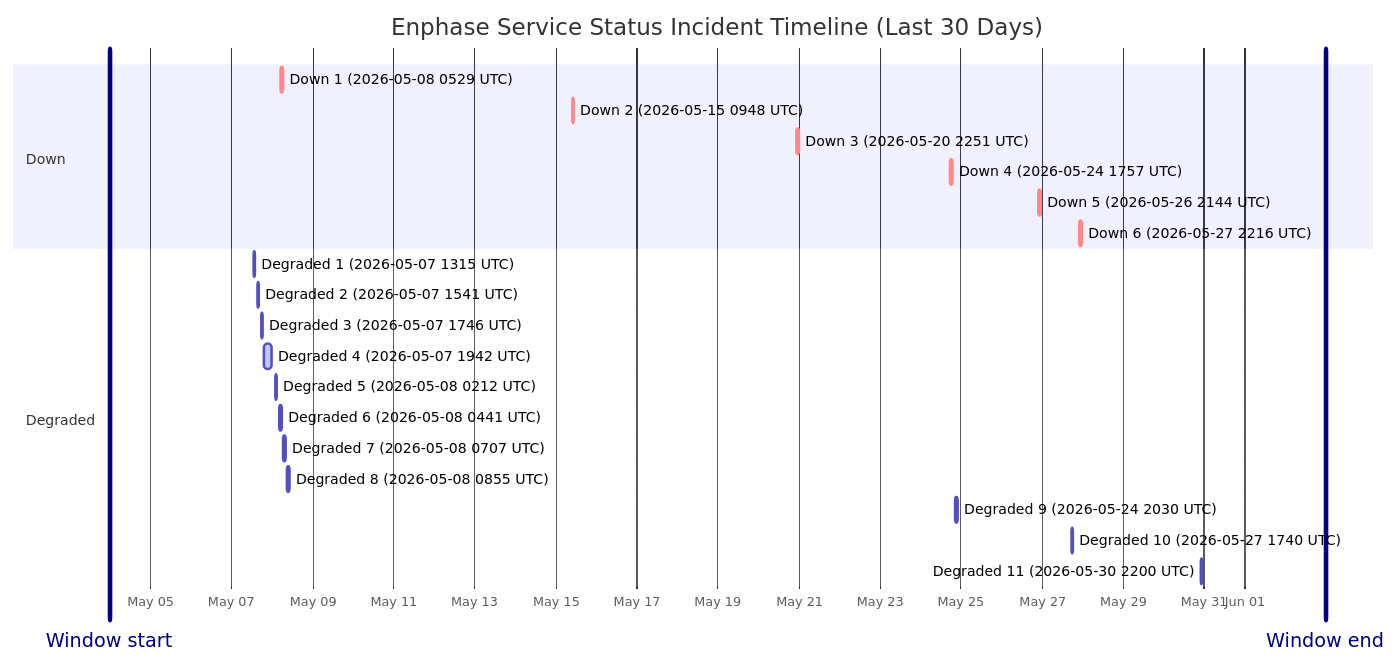
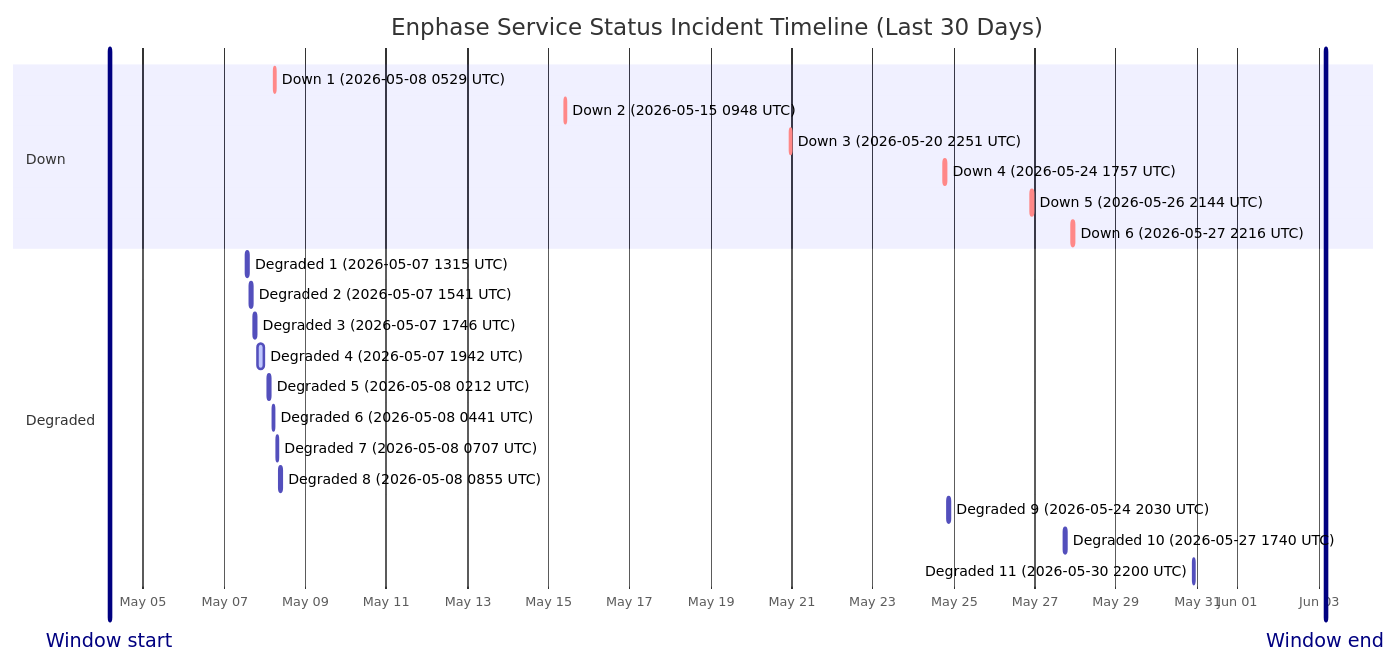
One commit to barneyonline/ha-enphase-energy changed the diagram in wiki/Service-Status-History.md. Above: the diagram before and after it, drawn with Mermaid. The commit also changed other lines of this file and 3 other files, not shown here.

````diff
--- a/wiki/Service-Status-History.md
+++ b/wiki/Service-Status-History.md
@@ -14,27 +14,27 @@
 ```mermaid
 gantt
     title Enphase Service Status Incident Timeline (Last 30 Days)
     dateFormat  YYYY-MM-DDTHH:mm:ss
     axisFormat  %b %d
-    Window start :vert, window-start, 2026-05-03T23:44:09, 0ms
-    Window end :vert, window-end, 2026-06-02T23:44:09, 0ms
+    Window start :vert, window-start, 2026-05-04T03:59:31, 0ms
+    Window end :vert, window-end, 2026-06-03T03:59:31, 0ms
     section Down
     Down 1 (2026-05-08 0529 UTC) :crit, down-1, 2026-05-08T05:29:47, 60m
     Down 2 (2026-05-15 0948 UTC) :crit, down-2, 2026-05-15T09:48:18, 60m
     Down 3 (2026-05-20 2251 UTC) :crit, down-3, 2026-05-20T22:51:14, 75m
     Down 4 (2026-05-24 1757 UTC) :crit, down-4, 2026-05-24T17:57:41, 86m
     Down 5 (2026-05-26 2144 UTC) :crit, down-5, 2026-05-26T21:44:11, 85m
     Down 6 (2026-05-27 2216 UTC) :crit, down-6, 2026-05-27T22:16:53, 87m
     section Degraded
     Degraded 1 (2026-05-07 1315 UTC) :active, degraded-1, 2026-05-07T13:15:25, 60m
     Degraded 2 (2026-05-07 1541 UTC) :active, degraded-2, 2026-05-07T15:41:58, 60m
     Degraded 3 (2026-05-07 1746 UTC) :active, degraded-3, 2026-05-07T17:46:51, 60m
     Degraded 4 (2026-05-07 1942 UTC) :active, degraded-4, 2026-05-07T19:42:10, 249m
     Degraded 5 (2026-05-08 0212 UTC) :active, degraded-5, 2026-05-08T02:12:39, 60m
     Degraded 6 (2026-05-08 0441 UTC) :active, degraded-6, 2026-05-08T04:41:46, 60m
     Degraded 7 (2026-05-08 0707 UTC) :active, degraded-7, 2026-05-08T07:07:30, 60m
     Degraded 8 (2026-05-08 0855 UTC) :active, degraded-8, 2026-05-08T08:55:20, 88m
     Degraded 9 (2026-05-24 2030 UTC) :active, degraded-9, 2026-05-24T20:30:57, 84m
     Degraded 10 (2026-05-27 1740 UTC) :active, degraded-10, 2026-05-27T17:40:52, 60m
     Degraded 11 (2026-05-30 2200 UTC) :active, degraded-11, 2026-05-30T22:00:37, 60m
 ```
````
